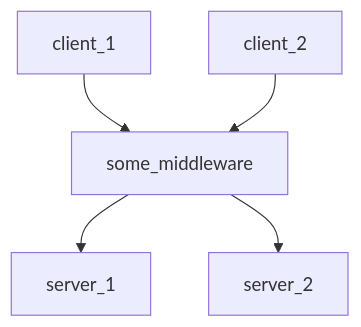
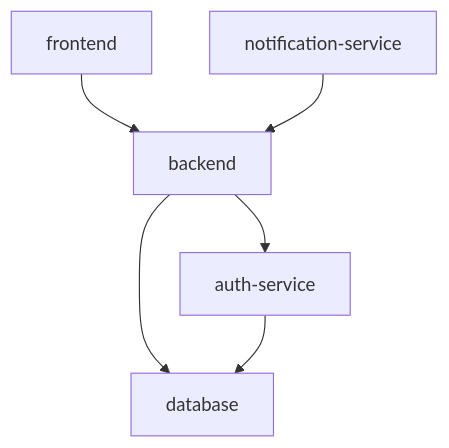
The diagram in README.md (Wadye17/cestrum-cli), drawn with Mermaid before and after one commit. The commit also changed other lines of this file, not shown here.

````diff
--- a/README.md
+++ b/README.md
@@ -34,7 +36,8 @@
 ```mermaid
 graph TD;
-    client_1-->some_middleware;
-    some_middleware-->server_1;
-    some_middleware-->server_2;
-    client_2-->some_middleware;
+    frontend-->backend;
+    notification-service-->backend;
+    backend-->auth-service;
+    backend-->database;
+    auth-service-->database;
 ```
````
